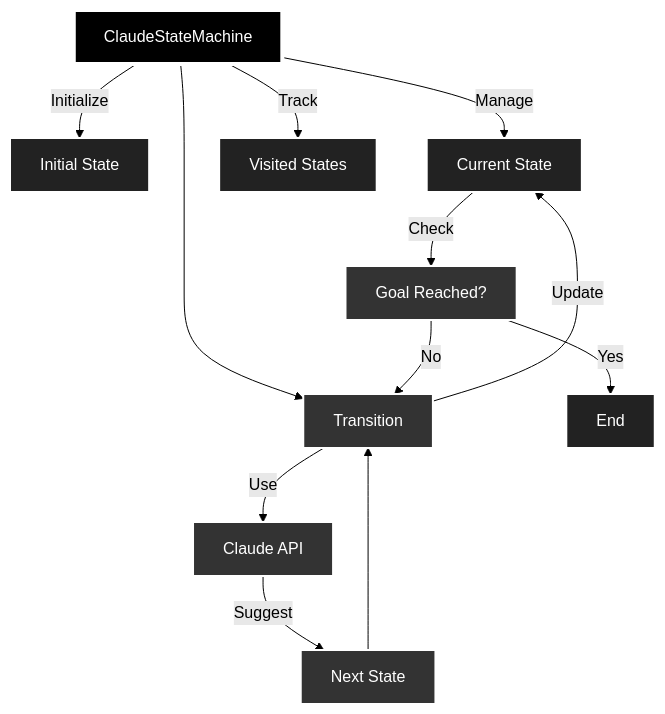
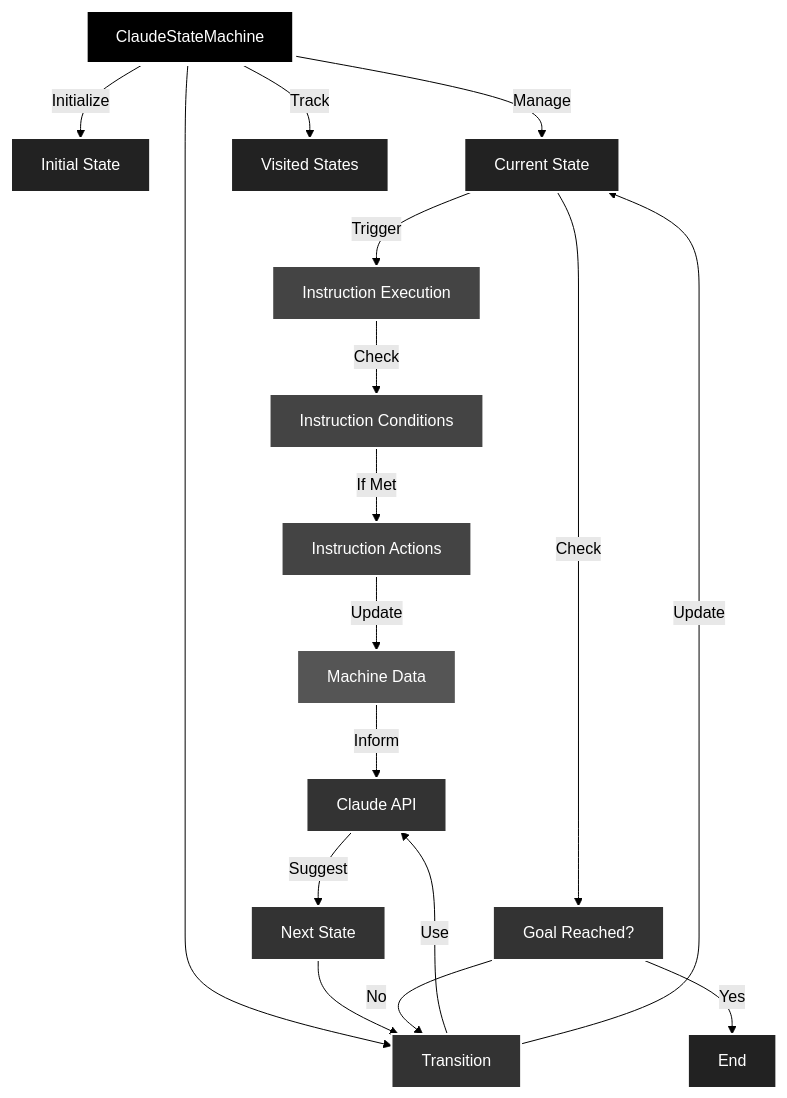
The diagram in README.md (geoffsee/agent-mst), drawn with Mermaid (forest theme) before and after one commit. The commit also changed other lines of this file and 10 other files, not shown here.

````diff
--- a/README.md
+++ b/README.md
@@ -6,25 +5,33 @@
 ```mermaid
 graph TD
    CSM[ClaudeStateMachine] -->|Initialize| IS[Initial State]
    CSM -->|Manage| CS[Current State]
    CSM -->|Track| VS[Visited States]
    CSM --> TR[Transition]
    TR -->|Use| API[Claude API]
    API -->|Suggest| NS[Next State]
    NS --> TR
    TR -->|Update| CS
+   CS -->|Trigger| IE[Instruction Execution]
+   IE -->|Check| IC[Instruction Conditions]
+   IC -->|If Met| IA[Instruction Actions]
+   IA -->|Update| D[Machine Data]
+   D -->|Inform| API
    CS -->|Check| GR[Goal Reached?]
    GR -->|No| TR
    GR -->|Yes| END[End]
 
    style CSM fill:#000000,stroke:#FFFFFF,stroke-width:4px,color:#ffffff
    style IS fill:#222222,stroke:#FFFFFF,stroke-width:2px,color:#ffffff
    style CS fill:#222222,stroke:#FFFFFF,stroke-width:2px,color:#ffffff
    style VS fill:#222222,stroke:#FFFFFF,stroke-width:2px,color:#ffffff
    style TR fill:#333333,stroke:#FFFFFF,stroke-width:2px,color:#ffffff
    style API fill:#333333,stroke:#FFFFFF,stroke-width:2px,color:#ffffff
    style NS fill:#333333,stroke:#FFFFFF,stroke-width:2px,color:#ffffff
    style GR fill:#333333,stroke:#FFFFFF,stroke-width:2px,color:#ffffff
    style END fill:#222222,stroke:#FFFFFF,stroke-width:2px,color:#ffffff
-
+   style IE fill:#444444,stroke:#FFFFFF,stroke-width:2px,color:#ffffff
+   style IC fill:#444444,stroke:#FFFFFF,stroke-width:2px,color:#ffffff
+   style IA fill:#444444,stroke:#FFFFFF,stroke-width:2px,color:#ffffff
+   style D fill:#555555,stroke:#FFFFFF,stroke-width:2px,color:#ffffff
 ```
````
